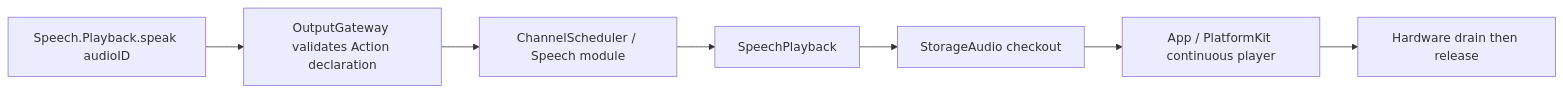
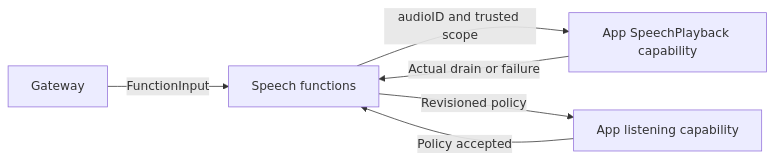
Before and after one commit to devilyouwei/MobileHarness: the diagram in MobileHarness/Actions/Speech/README.md, drawn with Mermaid. The commit also changed other lines of this file and 116 other files, not shown here.

````diff
--- a/MobileHarness/Actions/Speech/README.md
+++ b/MobileHarness/Actions/Speech/README.md
@@ -5,9 +15,8 @@
 ```mermaid
 flowchart LR
-    Call[Speech.Playback.speak audioID] --> Gateway[OutputGateway validates Action declaration]
-    Gateway --> Channel[ChannelScheduler / Speech module]
-    Channel --> Playback[SpeechPlayback]
-    Playback --> Cache[StorageAudio checkout]
-    Cache --> Player[App / PlatformKit continuous player]
-    Player --> Done[Hardware drain then release]
+ Gateway -->|FunctionInput| Speech[Speech functions]
+ Speech -->|audioID and trusted scope| Playback[App SpeechPlayback capability]
+ Speech -->|Revisioned policy| Listening[App listening capability]
+ Playback -->|Actual drain or failure| Speech
+ Listening -->|Policy accepted| Speech
 ```
````
